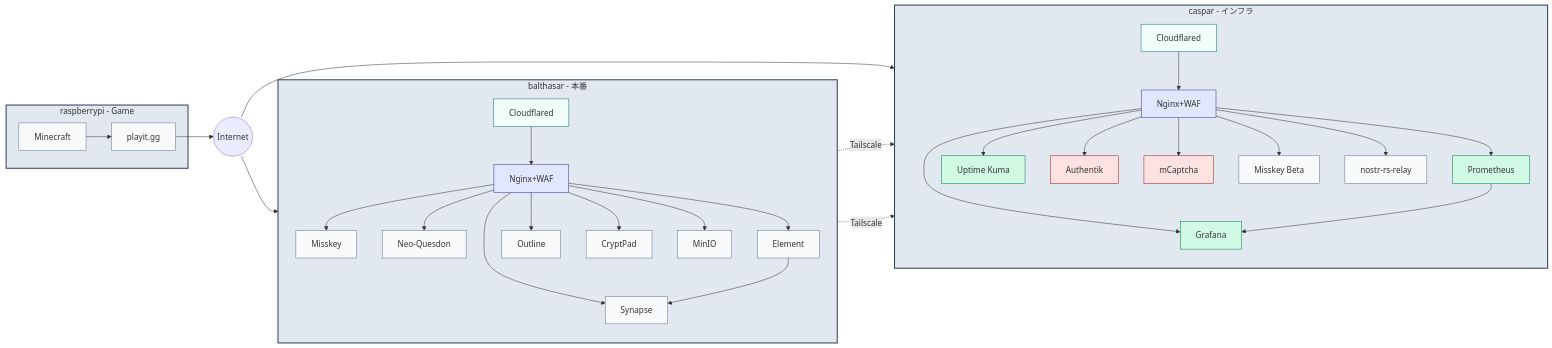
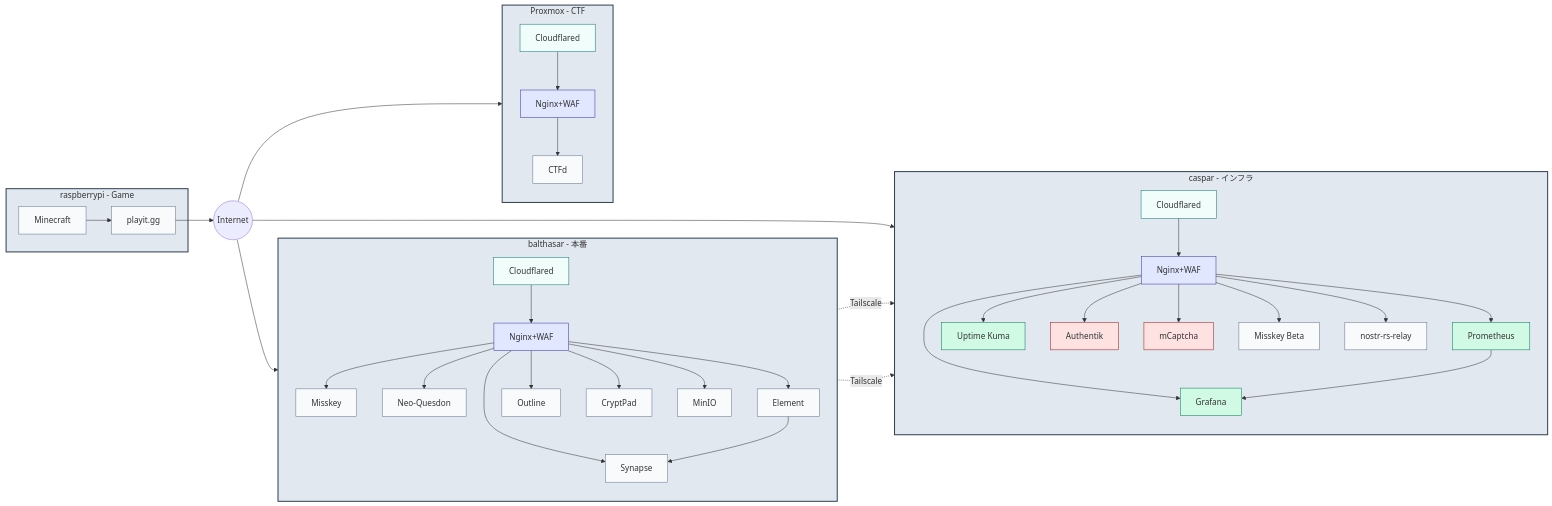
One commit to yamisskey-dev/yamisskey-host changed the first of 6 diagrams in README.md. Above: the diagram before and after it, drawn with Mermaid. The commit also changed other lines of this file, not shown here.

Commit message:
Add CTFd on Proxmox to service architecture and IaC diagrams
- Add Proxmox CTF subgraph with Cloudflared → Nginx+WAF → CTFd flow
- Add ctfd VM to Ansible management targets

````diff
--- a/README.md
+++ b/README.md
@@ -5,51 +5,57 @@
 ```mermaid
 graph LR
     classDef server fill:#e2e8f0,stroke:#334155,stroke-width:2px
     classDef cf fill:#f0fdfa,stroke:#0f766e
     classDef proxy fill:#e0e7ff,stroke:#3730a3
     classDef sec fill:#fee2e2,stroke:#991b1b
     classDef mon fill:#d1fae5,stroke:#047857
     classDef svc fill:#f8fafc,stroke:#64748b
 
     internet((Internet))
 
     subgraph balthasar[balthasar - 本番]
         direction TB
         cf_b[Cloudflared]:::cf --> nginx_b[Nginx+WAF]:::proxy
 
         nginx_b --> misskey[Misskey]:::svc
         nginx_b --> neoquesdon[Neo-Quesdon]:::svc
         nginx_b --> synapse[Synapse]:::svc
         nginx_b --> element[Element]:::svc
         nginx_b --> outline[Outline]:::svc
         nginx_b --> cryptpad[CryptPad]:::svc
         nginx_b --> minio[MinIO]:::svc
     end
 
     subgraph caspar[caspar - インフラ]
         direction TB
         cf_c[Cloudflared]:::cf --> nginx_c[Nginx+WAF]:::proxy
 
         nginx_c --> prometheus[Prometheus]:::mon
         nginx_c --> grafana[Grafana]:::mon
         nginx_c --> uptime[Uptime Kuma]:::mon
         nginx_c --> authentik[Authentik]:::sec
         nginx_c --> mcaptcha[mCaptcha]:::sec
         nginx_c --> misskey_beta[Misskey Beta]:::svc
         nginx_c --> nostr[nostr-rs-relay]:::svc
     end
 
     subgraph rpi[raspberrypi - Game]
         minecraft[Minecraft]:::svc --> playig[playit.gg]:::svc
     end
 
-    internet --> cf_b & cf_c
+    subgraph proxmox[Proxmox - CTF]
+        direction TB
+        cf_p[Cloudflared]:::cf --> nginx_p[Nginx+WAF]:::proxy
+        nginx_p --> ctfd[CTFd]:::svc
+    end
+
+    internet --> cf_b & cf_c & cf_p
     playig --> internet
 
     misskey -.->|Tailscale| mcaptcha
     outline -.->|Tailscale| authentik
     element --> synapse
     prometheus --> grafana
 
-    class balthasar,caspar,rpi server
+    class balthasar,caspar,rpi,proxmox server
 ```
````
